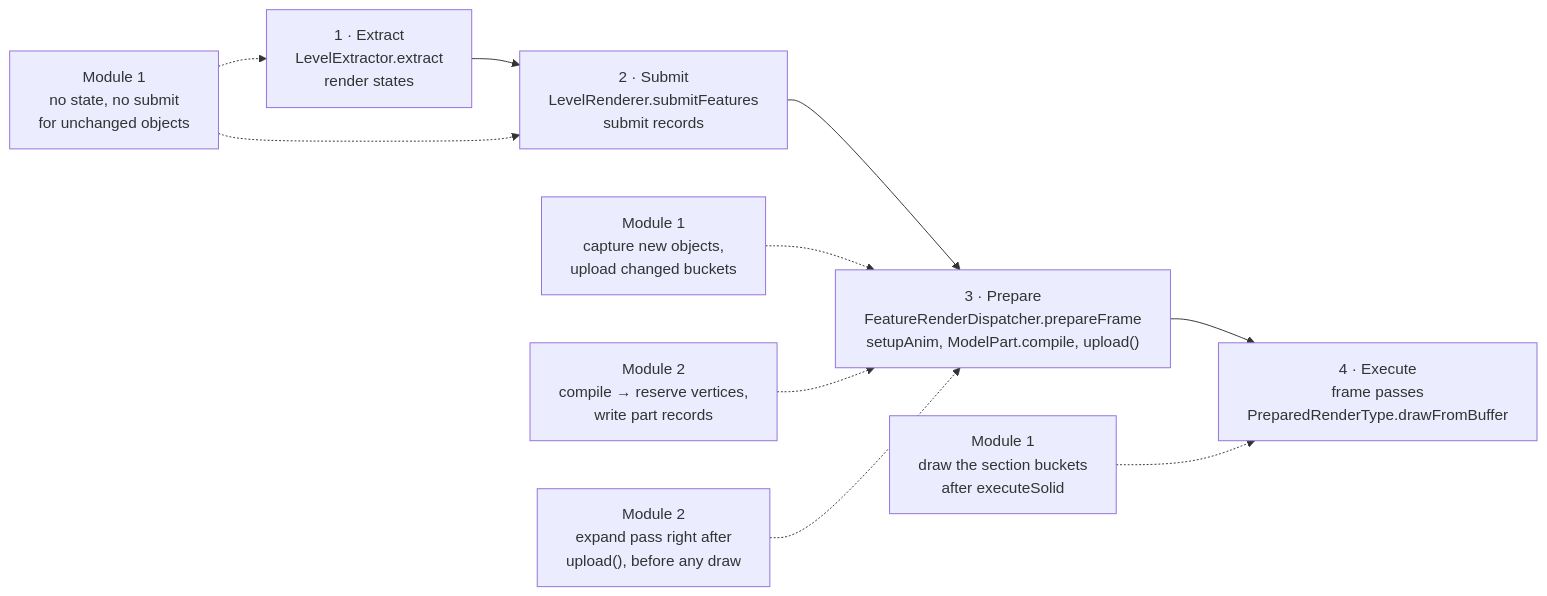
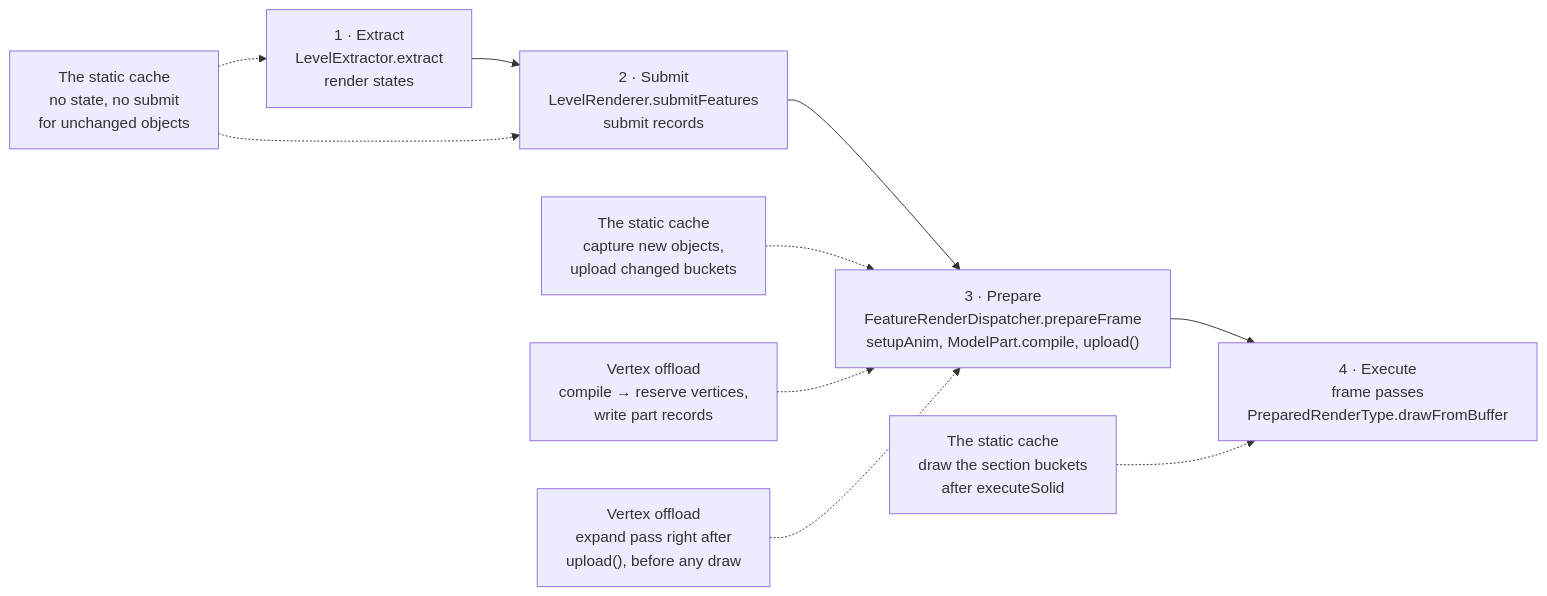
The diagram in docs/architecture.md (btwonion/mobium), drawn with Mermaid before and after one commit. The commit also changed other lines of this file and 104 other files, not shown here.

First line of the commit message:
Names: static cache and vertex offload, a release bar instead of gates (#62)

````diff
--- a/docs/architecture.md
+++ b/docs/architecture.md
@@ -31,12 +31,12 @@
 ```mermaid
 flowchart LR
     E["1 · Extract<br/>LevelExtractor.extract<br/>render states"] --> S["2 · Submit<br/>LevelRenderer.submitFeatures<br/>submit records"]
     S --> P["3 · Prepare<br/>FeatureRenderDispatcher.prepareFrame<br/>setupAnim, ModelPart.compile, upload()"]
     P --> X["4 · Execute<br/>frame passes<br/>PreparedRenderType.drawFromBuffer"]
-    C1["Module 1<br/>no state, no submit<br/>for unchanged objects"] -.-> E
+    C1["The static cache<br/>no state, no submit<br/>for unchanged objects"] -.-> E
     C1 -.-> S
-    C2["Module 1<br/>capture new objects,<br/>upload changed buckets"] -.-> P
-    C3["Module 1<br/>draw the section buckets<br/>after executeSolid"] -.-> X
-    M1["Module 2<br/>compile → reserve vertices,<br/>write part records"] -.-> P
-    M2["Module 2<br/>expand pass right after<br/>upload(), before any draw"] -.-> P
+    C2["The static cache<br/>capture new objects,<br/>upload changed buckets"] -.-> P
+    C3["The static cache<br/>draw the section buckets<br/>after executeSolid"] -.-> X
+    M1["Vertex offload<br/>compile → reserve vertices,<br/>write part records"] -.-> P
+    M2["Vertex offload<br/>expand pass right after<br/>upload(), before any draw"] -.-> P
 ```
````
